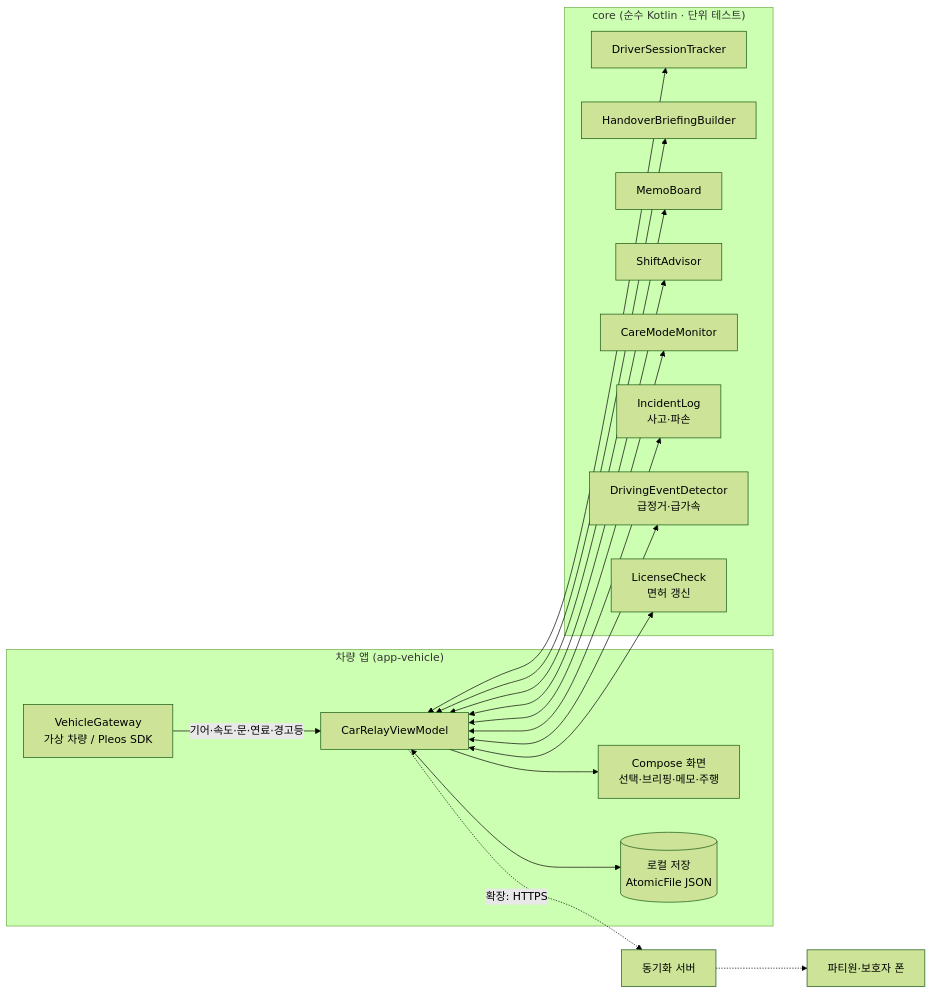
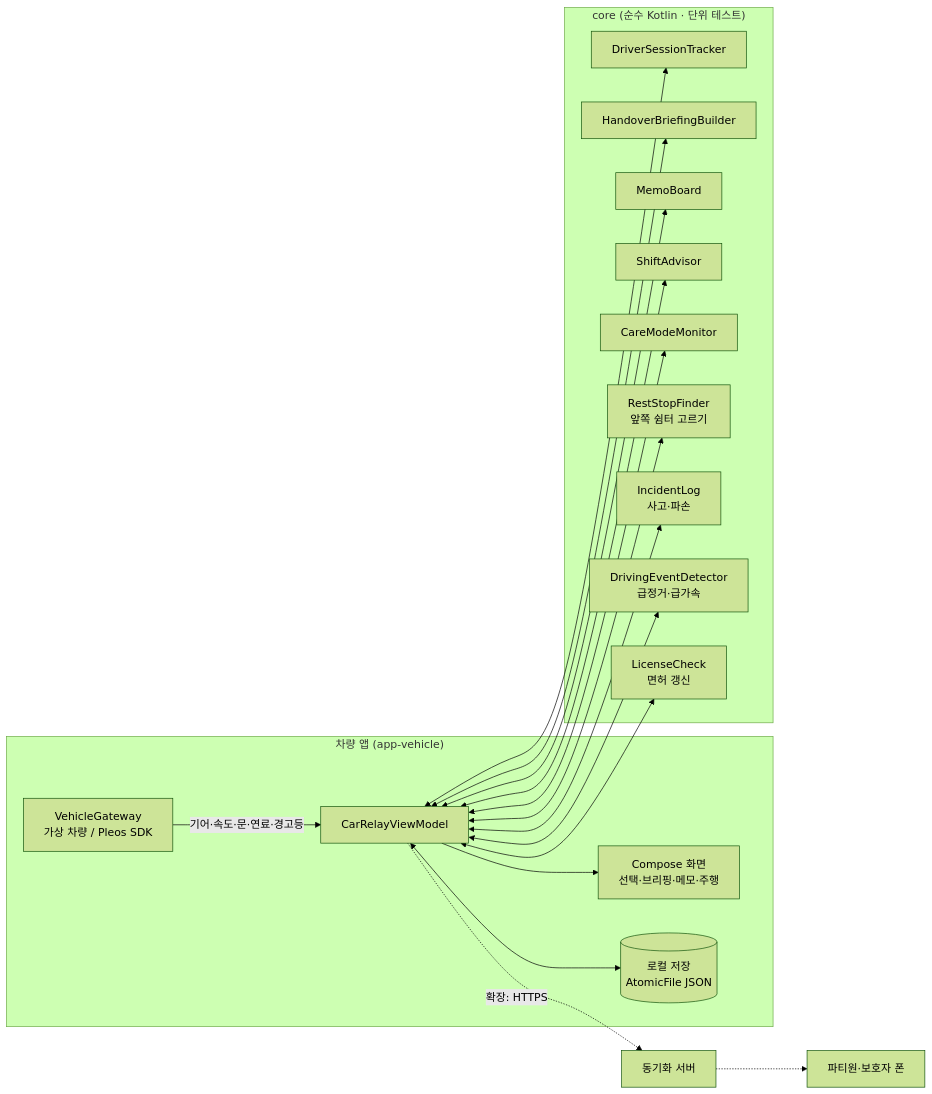
One commit to youngchaai/carrelay changed the diagram in README.md. Above: the diagram before and after it, drawn with Mermaid (forest theme). The commit also changed other lines of this file and 46 other files, not shown here.

````diff
--- a/README.md
+++ b/README.md
@@ -55,24 +57,25 @@
 ```mermaid
 flowchart LR
     subgraph Car["차량 앱 (app-vehicle)"]
         GW["VehicleGateway<br/>가상 차량 / Pleos SDK"]
         VM["CarRelayViewModel"]
         UI["Compose 화면<br/>선택·브리핑·메모·주행"]
         ST[("로컬 저장<br/>AtomicFile JSON")]
     end
     subgraph Core["core (순수 Kotlin · 단위 테스트)"]
         S["DriverSessionTracker"]
         B["HandoverBriefingBuilder"]
         M["MemoBoard"]
         SH["ShiftAdvisor"]
         C["CareModeMonitor"]
+        RS["RestStopFinder<br/>앞쪽 쉼터 고르기"]
         I["IncidentLog<br/>사고·파손"]
         D["DrivingEventDetector<br/>급정거·급가속"]
         L["LicenseCheck<br/>면허 갱신"]
     end
     GW -- "기어·속도·문·연료·경고등" --> VM
-    VM <--> S & B & M & SH & C & I & D & L
+    VM <--> S & B & M & SH & C & I & D & L & RS
     VM --> UI
     VM <--> ST
     VM -. "확장: HTTPS" .-> SV["동기화 서버"] -.-> PH["파티원·보호자 폰"]
 ```
````
